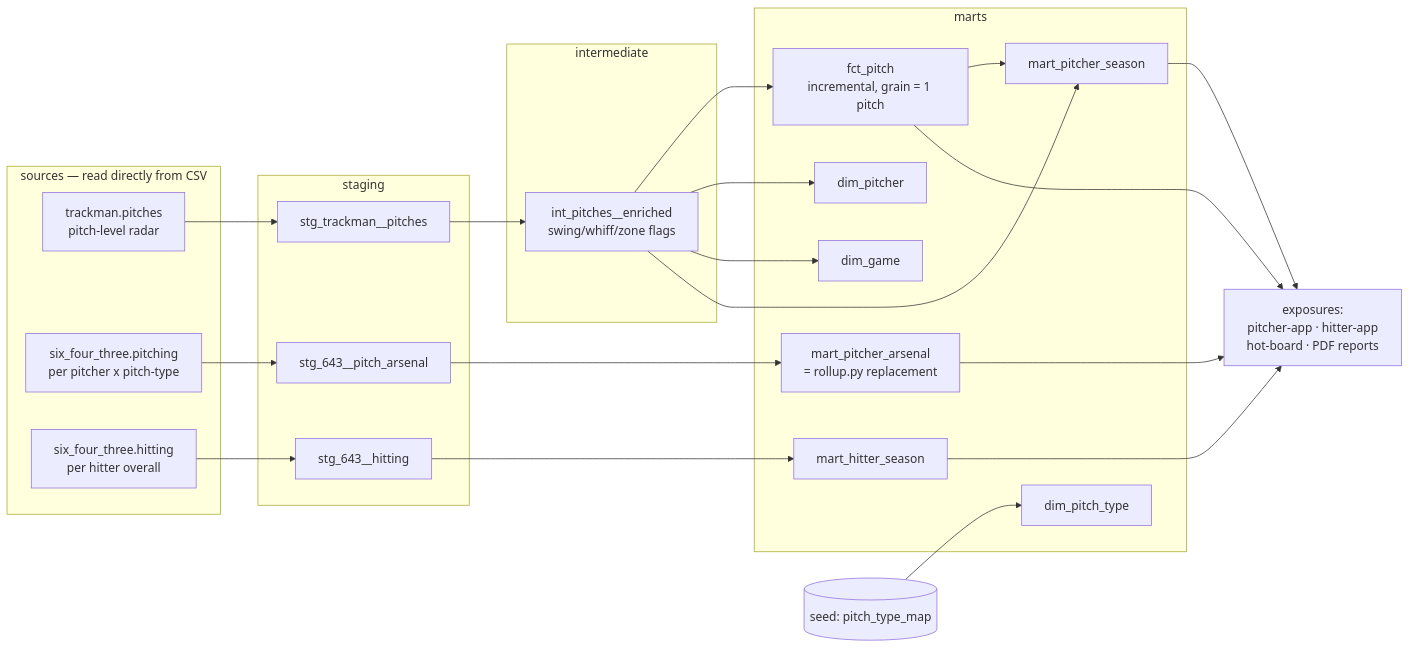
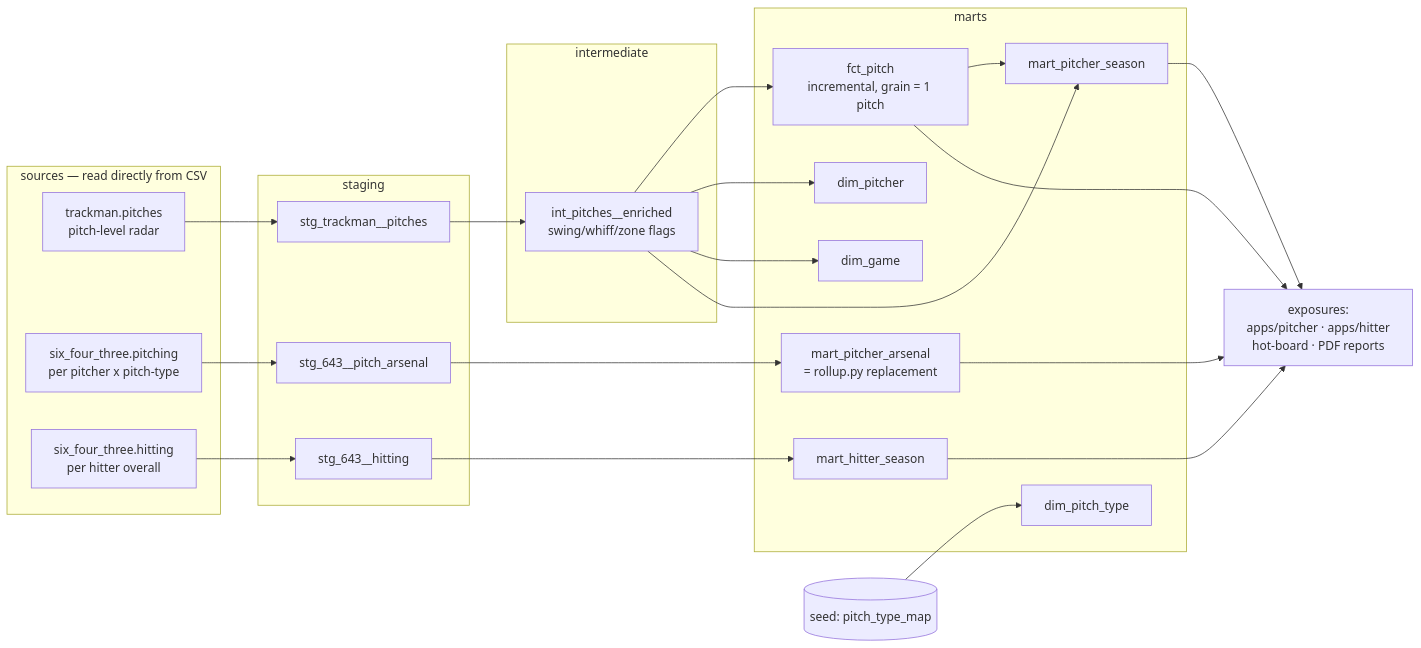
One commit to tdub29/baseball-analytics changed the diagram in warehouse/README.md. Above: the diagram before and after it, drawn with Mermaid. The commit also changed other lines of this file and 14 other files, not shown here.

````diff
--- a/warehouse/README.md
+++ b/warehouse/README.md
@@ -50,44 +50,44 @@
 ```mermaid
 flowchart LR
     subgraph sources [sources — read directly from CSV]
         TM[trackman.pitches<br/>pitch-level radar]
         P643[six_four_three.pitching<br/>per pitcher x pitch-type]
         H643[six_four_three.hitting<br/>per hitter overall]
     end
 
     subgraph staging
         STM[stg_trackman__pitches]
         SP[stg_643__pitch_arsenal]
         SH[stg_643__hitting]
     end
 
     subgraph intermediate
         INT[int_pitches__enriched<br/>swing/whiff/zone flags]
     end
 
     subgraph marts
         DP[dim_pitcher]
         DPT[dim_pitch_type]
         DG[dim_game]
         FCT[fct_pitch<br/>incremental, grain = 1 pitch]
         MARS[mart_pitcher_arsenal<br/>= rollup.py replacement]
         MPS[mart_pitcher_season]
         MHS[mart_hitter_season]
     end
 
     seed[(seed: pitch_type_map)] --> DPT
 
     TM --> STM --> INT
     P643 --> SP --> MARS
     H643 --> SH --> MHS
     INT --> FCT
     INT --> DP
     INT --> DG
     INT --> MPS
     FCT --> MPS
 
-    MARS --> EXP[exposures:<br/>pitcher-app · hitter-app<br/>hot-board · PDF reports]
+    MARS --> EXP[exposures:<br/>apps/pitcher · apps/hitter<br/>hot-board · PDF reports]
     MPS --> EXP
     MHS --> EXP
     FCT --> EXP
 ```
````
